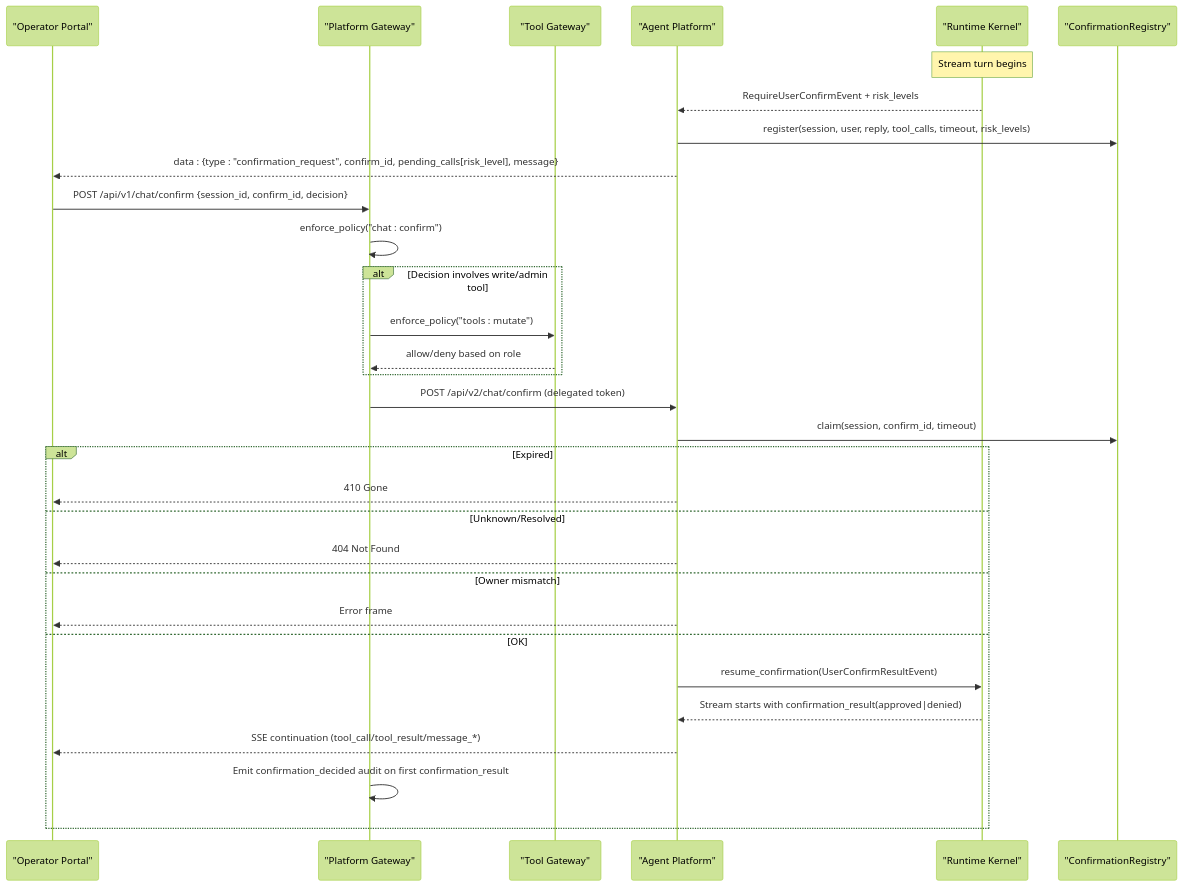
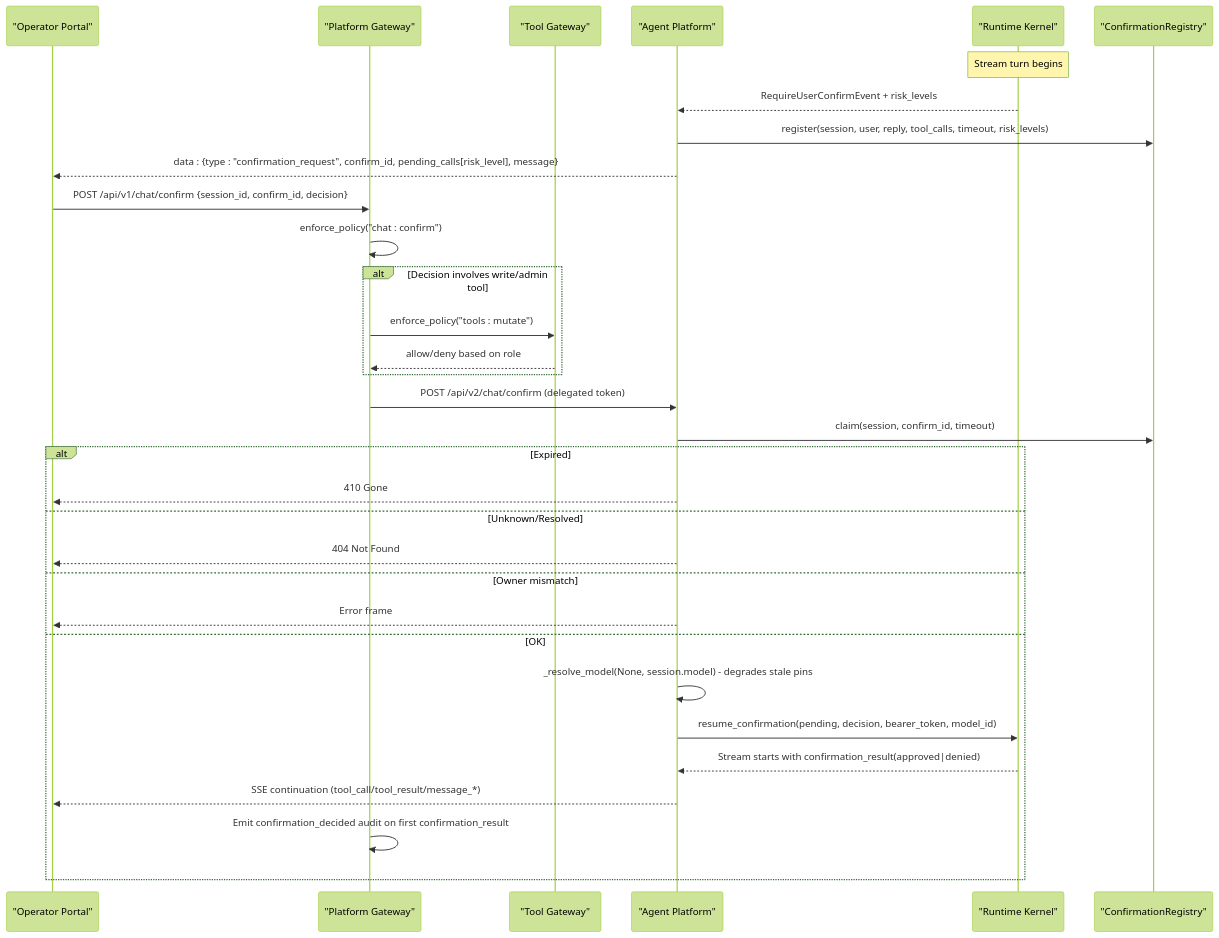
Before and after one commit to metasync/luban-aiops: the second of 9 diagrams in .qoder/repowiki/en/content/Agent Platform Service/HITL Confirmation Bridging (SPEC-020).md, drawn with Mermaid (forest theme). The commit also changed other lines of this file and 7 other files, not shown here.

````diff
--- a/.qoder/repowiki/en/content/Agent Platform Service/HITL Confirmation Bridging (SPEC-020).md
+++ b/.qoder/repowiki/en/content/Agent Platform Service/HITL Confirmation Bridging (SPEC-020).md
@@ -137,33 +141,34 @@
 ```mermaid
 sequenceDiagram
 participant Portal as "Operator Portal"
 participant GW as "Platform Gateway"
 participant TG as "Tool Gateway"
 participant AP as "Agent Platform"
 participant RK as "Runtime Kernel"
 participant Reg as "ConfirmationRegistry"
 Note over RK : Stream turn begins
 RK-->>AP : RequireUserConfirmEvent + risk_levels
 AP->>Reg : register(session, user, reply, tool_calls, timeout, risk_levels)
 AP-->>Portal : data : {type : "confirmation_request", confirm_id, pending_calls[risk_level], message}
 Portal->>GW : POST /api/v1/chat/confirm {session_id, confirm_id, decision}
 GW->>GW : enforce_policy("chat : confirm")
 alt Decision involves write/admin tool
 GW->>TG : enforce_policy("tools : mutate")
 TG-->>GW : allow/deny based on role
 end
 GW->>AP : POST /api/v2/chat/confirm (delegated token)
 AP->>Reg : claim(session, confirm_id, timeout)
 alt Expired
 AP-->>Portal : 410 Gone
 else Unknown/Resolved
 AP-->>Portal : 404 Not Found
 else Owner mismatch
 AP-->>Portal : Error frame
 else OK
-AP->>RK : resume_confirmation(UserConfirmResultEvent)
+AP->>AP : _resolve_model(None, session.model) - degrades stale pins
+AP->>RK : resume_confirmation(pending, decision, bearer_token, model_id)
 RK-->>AP : Stream starts with confirmation_result(approved|denied)
 AP-->>Portal : SSE continuation (tool_call/tool_result/message_*)
 GW->>GW : Emit confirmation_decided audit on first confirmation_result
 end
 ```
````
